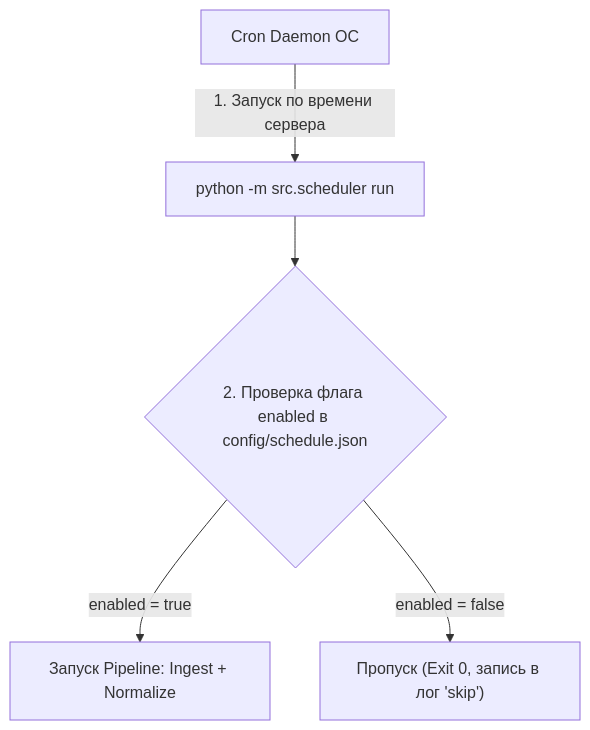
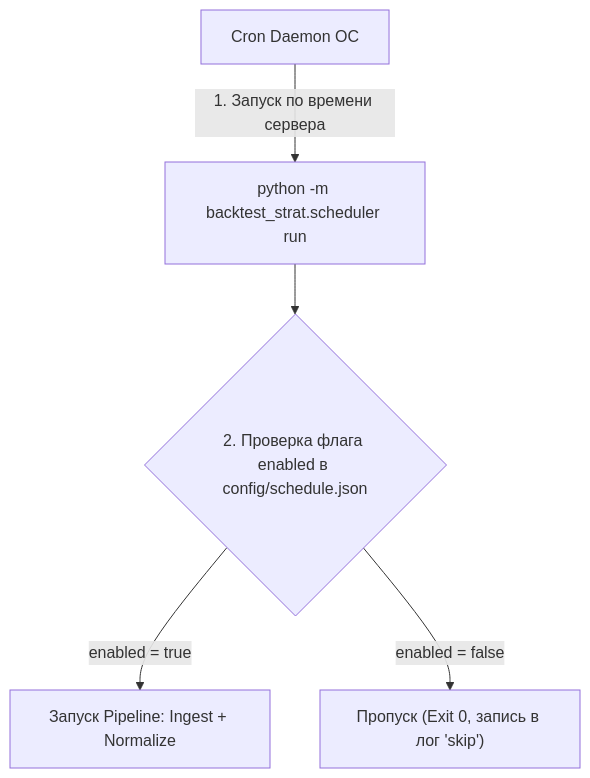
Before and after one commit to mark-nikulin/backtest_strat: the diagram in docs/operations.md, drawn with Mermaid. The commit also changed other lines of this file and 163 other files, not shown here.

First line of the commit message:
build: package as installable library (backtest_strat), console scripts, shared paths

````diff
--- a/docs/operations.md
+++ b/docs/operations.md
@@ -11,7 +11,7 @@
 ```mermaid
 flowchart TD
-    CronDaemon[Cron Daemon ОС] -->|1. Запуск по времени сервера| SchedulerRun["python -m src.scheduler run"]
+    CronDaemon[Cron Daemon ОС] -->|1. Запуск по времени сервера| SchedulerRun["python -m backtest_strat.scheduler run"]
     SchedulerRun --> CheckConfig{2. Проверка флага enabled в config/schedule.json}
     CheckConfig -->|enabled = true| Pipeline[Запуск Pipeline: Ingest + Normalize]
     CheckConfig -->|enabled = false| Skip["Пропуск (Exit 0, запись в лог 'skip')"]
 ```
````
